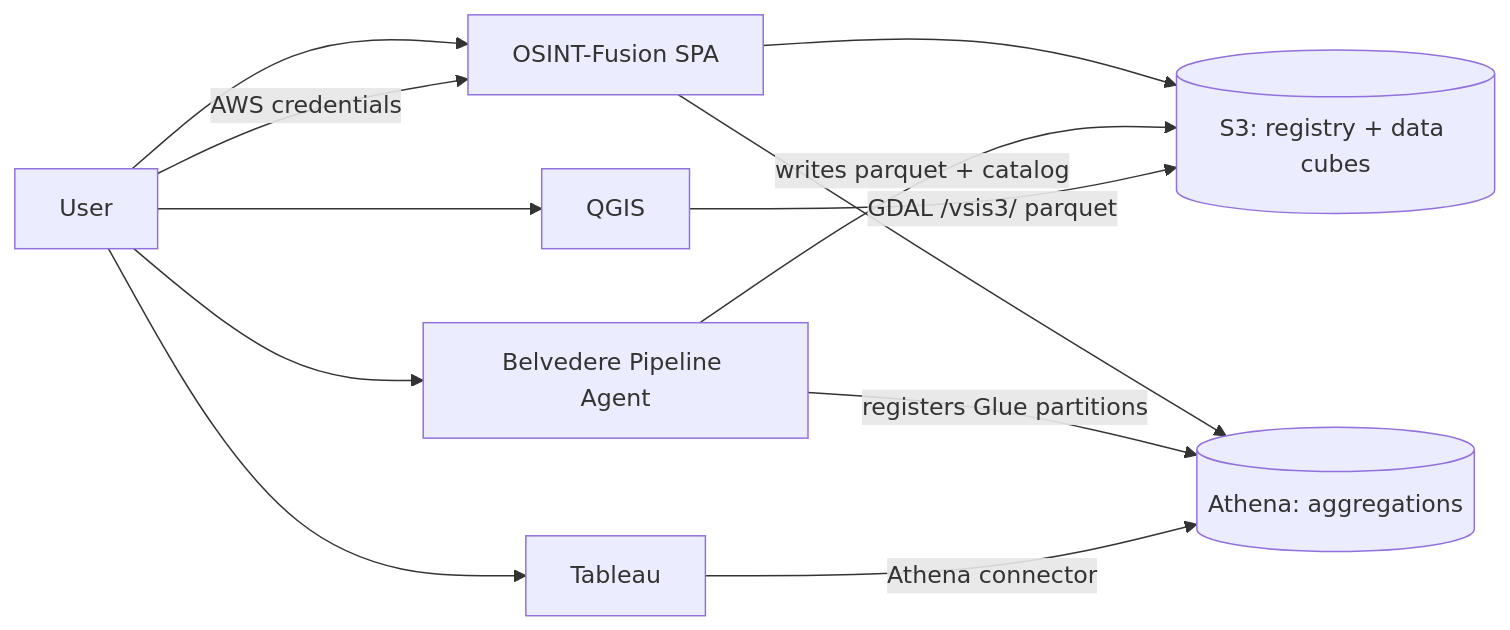
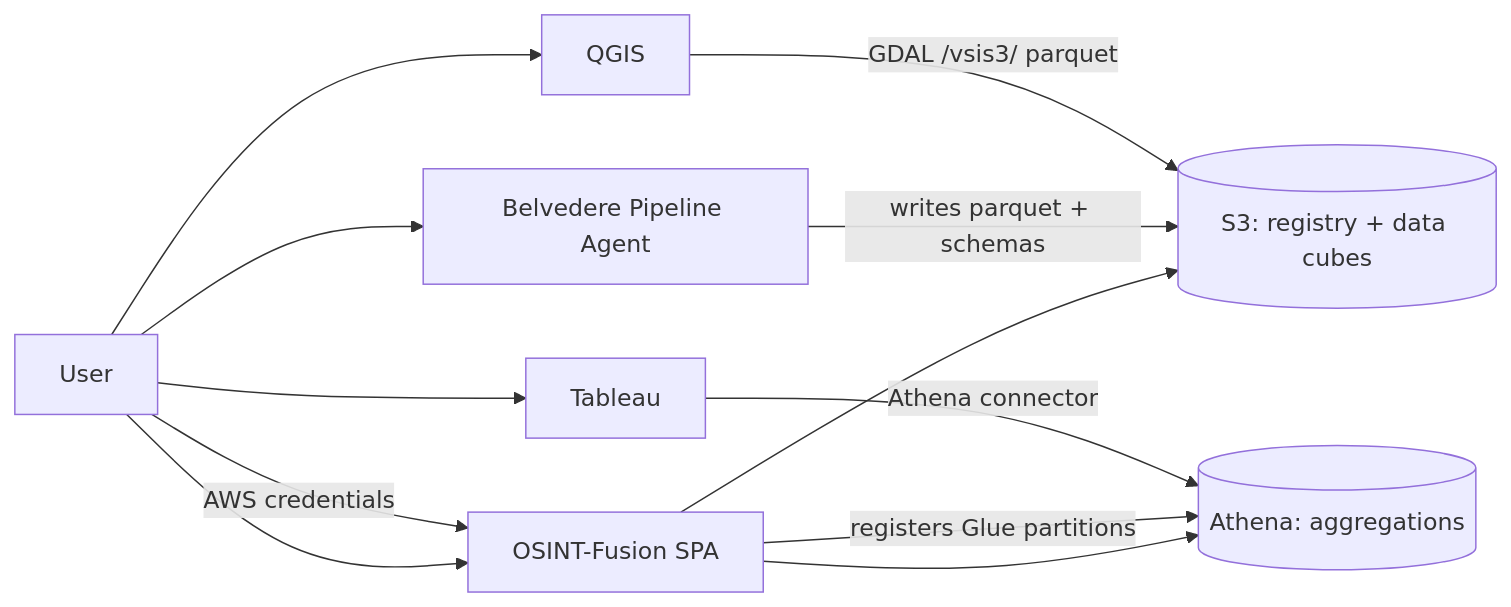
Before and after one commit to ClearFracture/osint-fusion: the diagram in docs/context/PROJECT_PLAN.md, drawn with Mermaid. The commit also changed other lines of this file and 21 other files, not shown here.

````diff
--- a/docs/context/PROJECT_PLAN.md
+++ b/docs/context/PROJECT_PLAN.md
@@ -7,14 +7,14 @@
 ```mermaid
 flowchart LR
   User --> SPA[OSINT-Fusion SPA]
   User -->|AWS credentials| SPA
   SPA --> S3[(S3: registry + data cubes)]
   SPA --> Athena[(Athena: aggregations)]
   User --> Belvedere[Belvedere Pipeline Agent]
-  Belvedere -->|writes parquet + catalog| S3
-  Belvedere -->|registers Glue partitions| Athena
+  Belvedere -->|writes parquet + schemas| S3
+  SPA -->|registers Glue partitions| Athena
   User --> QGIS[QGIS]
   User --> Tableau[Tableau]
   QGIS -->|GDAL /vsis3/ parquet| S3
   Tableau -->|Athena connector| Athena
 ```
````
